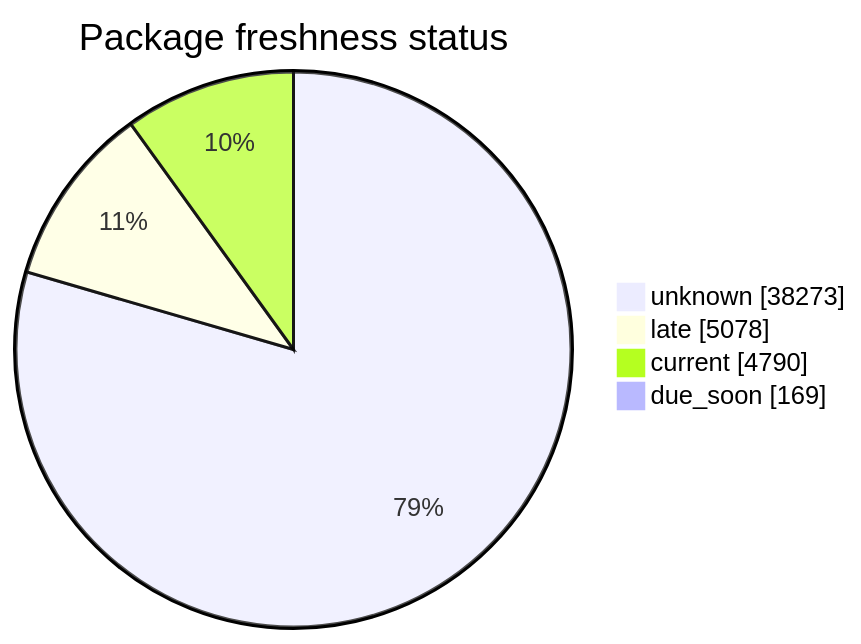
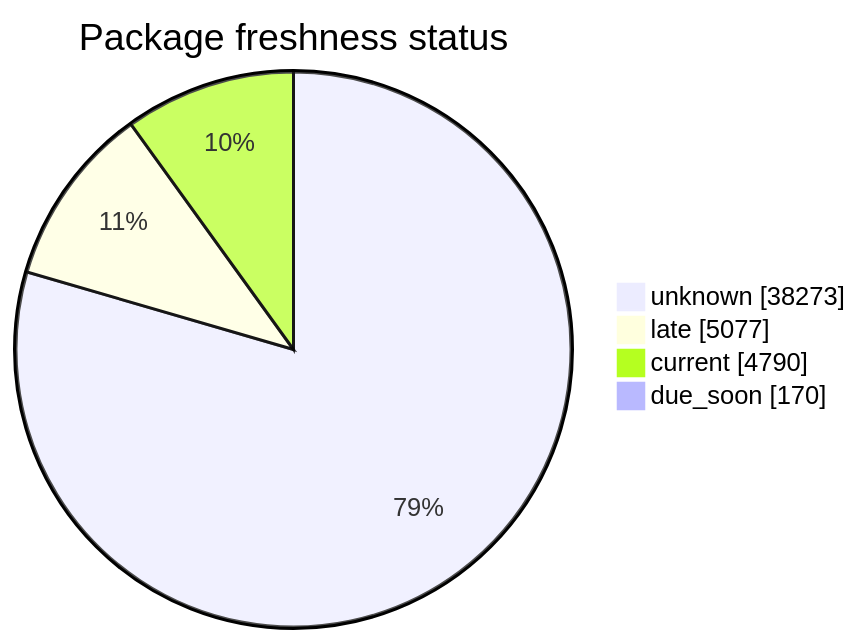
One commit to open-data/analytics-corporate-reporting changed the second of 5 diagrams in FreshCheck/README.md. Above: the diagram before and after it, drawn with Mermaid. The commit also changed other lines of this file and 3 other files, not shown here.

````diff
--- a/FreshCheck/README.md
+++ b/FreshCheck/README.md
@@ -68,7 +68,7 @@
 ```mermaid
 pie showData title Package freshness status
     "unknown": 38273
-    "late": 5078
+    "late": 5077
     "current": 4790
-    "due_soon": 169
+    "due_soon": 170
 ```
````
